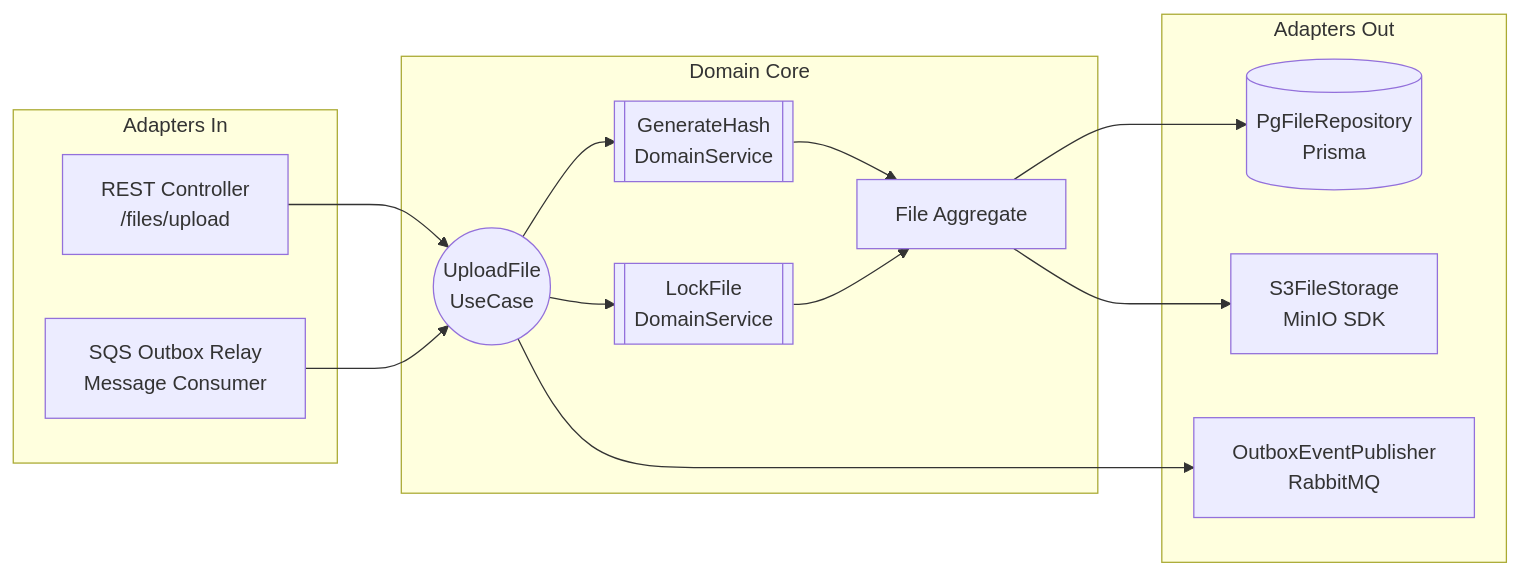
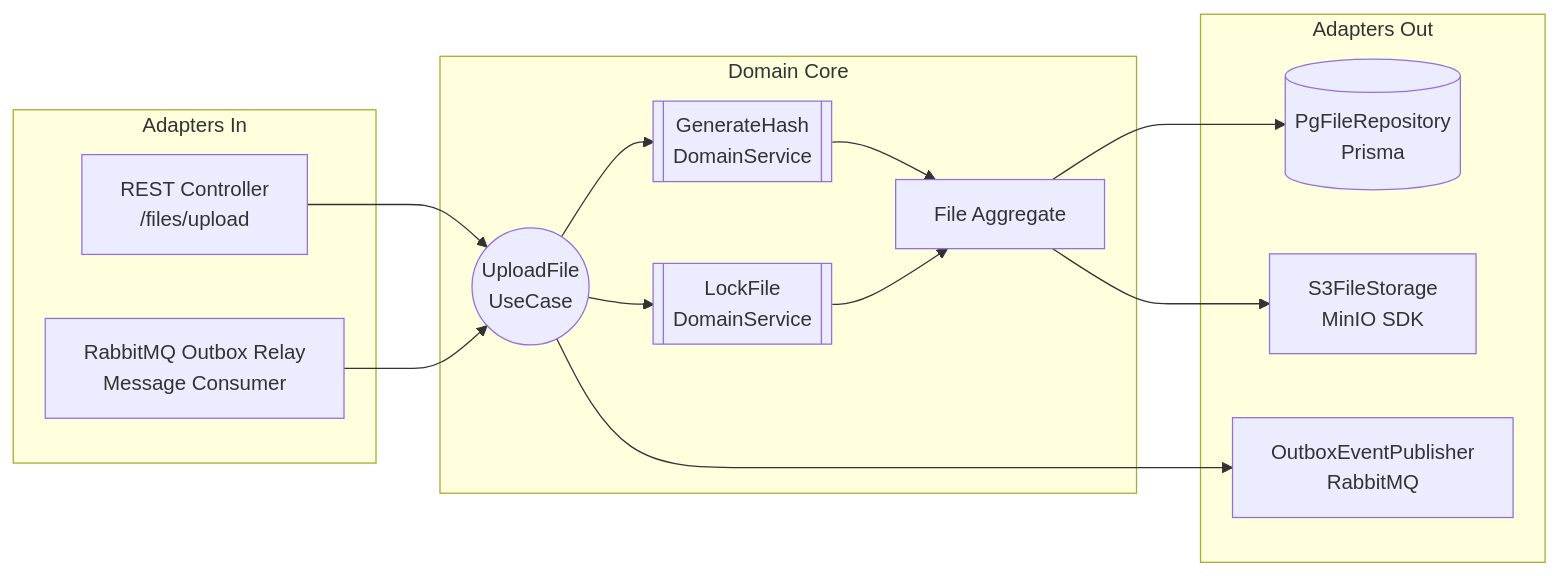
The fifth of 9 diagrams in docs/DTI.md (cgomez-mpsia/simoncloud-m3), drawn with Mermaid before and after one commit. The commit also changed other lines of this file and 5 other files, not shown here.

````diff
--- a/docs/DTI.md
+++ b/docs/DTI.md
@@ -255,27 +255,27 @@
 ```mermaid
 flowchart LR
   subgraph in[Adapters In]
     A[REST Controller\n/files/upload]
-    B[SQS Outbox Relay\nMessage Consumer]
+    B[RabbitMQ Outbox Relay\nMessage Consumer]
   end
   subgraph core[Domain Core]
     C((UploadFile\nUseCase))
     D[[GenerateHash\nDomainService]]
     E[[LockFile\nDomainService]]
     F[File Aggregate]
   end
   subgraph out[Adapters Out]
     G[(PgFileRepository\nPrisma)]
     H[S3FileStorage\nMinIO SDK]
     I[OutboxEventPublisher\nRabbitMQ]
   end
   A --> C
   B --> C
   C --> D
   C --> E
   D --> F
   E --> F
   F --> G
   F --> H
   C --> I
 ```
````
